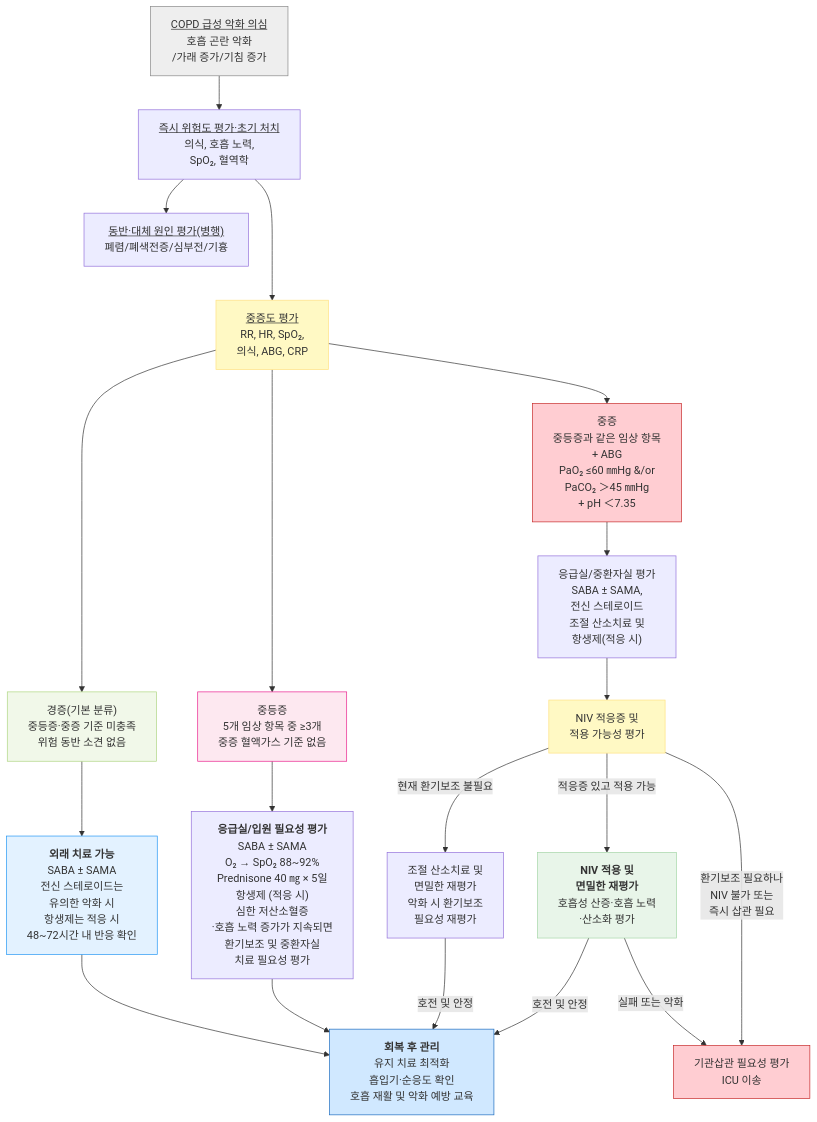
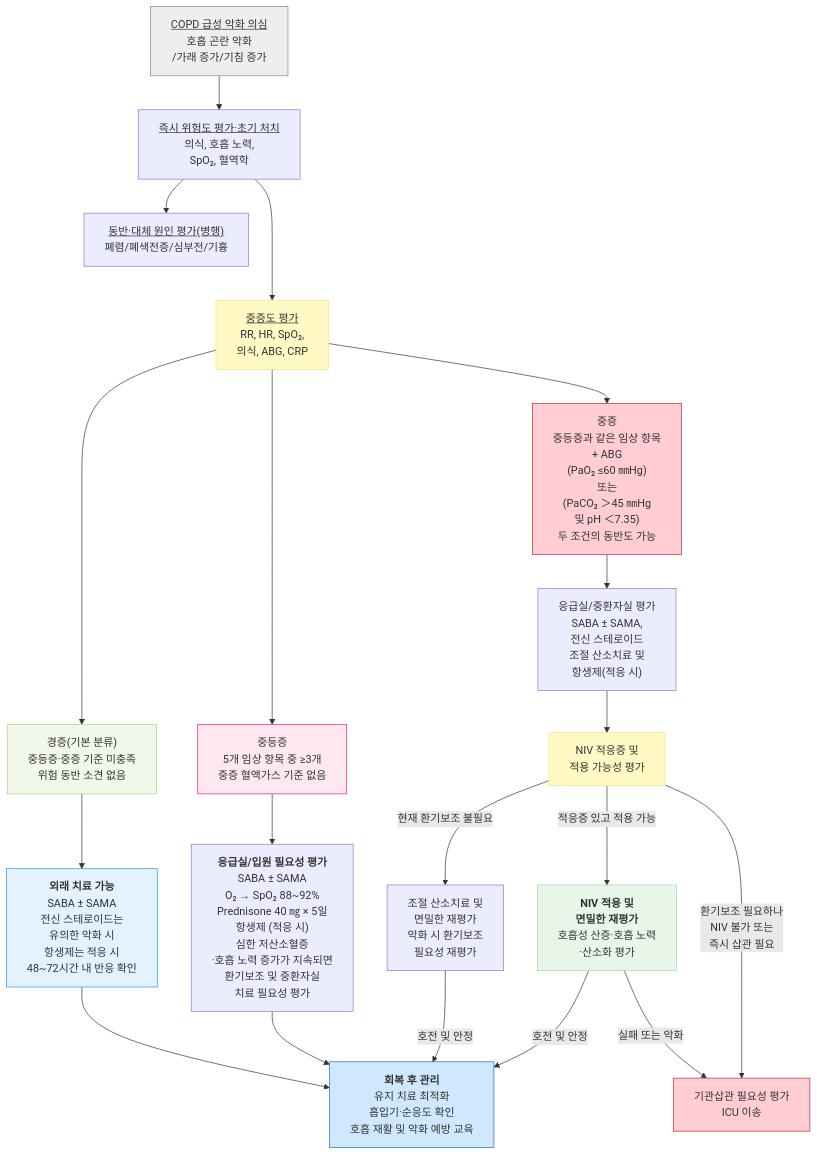
Before and after one commit to familyoh77/familyoh77: the third of 3 diagrams in 223_/072_-copd.md, drawn with Mermaid. The commit also changed other lines of this file, not shown here.

````diff
--- a/223_/072_-copd.md
+++ b/223_/072_-copd.md
@@ -675,32 +680,32 @@
 ```mermaid
 flowchart TD
     Start["<u>COPD 급성 악화 의심</u><br/>호흡 곤란 악화<br/>/가래 증가/기침 증가"]
     Start --> Triage["<u>즉시 위험도 평가·초기 처치</u><br/>의식, 호흡 노력, <br/>SpO₂, 혈역학"]
     Triage --> Diff["<u>동반·대체 원인 평가(병행)</u><br/>폐렴/폐색전증/심부전/기흉"]
     Triage ---> Severity["<u>중증도 평가</u><br/>RR, HR, SpO₂, <br/>의식, ABG, CRP"]
     Severity --> Mild["경증(기본 분류)<br/>중등증·중증 기준 미충족<br/>위험 동반 소견 없음"]
     Severity --> Moderate["중등증<br/>5개 임상 항목 중 ≥3개<br/>중증 혈액가스 기준 없음"]
-    Severity --> Severe["중증<br/>중등증과 같은 임상 항목 <br/>+ ABG<br/>PaO₂ ≤60 ㎜Hg &/or <br/>PaCO₂ ＞45 ㎜Hg <br/>+ pH ＜7.35"]
+    Severity --> Severe["중증<br/>중등증과 같은 임상 항목 <br/>+ ABG<br/>(PaO₂ ≤60 ㎜Hg)<br/>또는<br/>(PaCO₂ ＞45 ㎜Hg<br/>및 pH ＜7.35)<br/>두 조건의 동반도 가능"]
     Mild --> OutTx["<b>외래 치료 가능</b><br/>SABA ± SAMA<br/>전신 스테로이드는 <br/>유의한 악화 시<br/>항생제는 적응 시<br/>48~72시간 내 반응 확인"]
     Moderate --> HospTx["<b>응급실/입원 필요성 평가</b><br/>SABA ± SAMA<br/>O₂ → SpO₂ 88~92%<br/>Prednisone 40 ㎎ × 5일<br/>항생제 (적응 시)<br/>심한 저산소혈증<br/>·호흡 노력 증가가 지속되면<br/>환기보조 및 중환자실 <br/>치료 필요성 평가"]
     Severe --> SevereTx["응급실/중환자실 평가<br/>SABA ± SAMA, <br/>전신 스테로이드<br/>조절 산소치료 및 <br/>항생제(적응 시)"]
     SevereTx --> NIVcheck["NIV 적응증 및 <br/>적용 가능성 평가"]
     NIVcheck -->|"적응증 있고 적용 가능"| NIV["<b>NIV 적용 및 <br/>면밀한 재평가</b><br/>호흡성 산증·호흡 노력<br/>·산소화 평가"]
     NIVcheck -->|"현재 환기보조 불필요"| Monitor["조절 산소치료 및 <br/>면밀한 재평가<br/>악화 시 환기보조 <br/>필요성 재평가"]
     NIV -->|"실패 또는 악화"| Intubation["기관삽관 필요성 평가<br/>ICU 이송"]
     OutTx --> Followup["<b>회복 후 관리</b><br/>유지 치료 최적화<br/>흡입기·순응도 확인<br/>호흡 재활 및 악화 예방 교육"]
     NIVcheck -->|"환기보조 필요하나 <br/>NIV 불가 또는 <br/>즉시 삽관 필요"| Intubation
     HospTx --> Followup
     Monitor -->|"호전 및 안정"| Followup
     NIV -->|"호전 및 안정"| Followup
     style Start fill:#eeeeee,stroke:#888888
     style Mild fill:#f1f8e9,stroke:#aed581
     style Moderate fill:#fde8f0,stroke:#e91e8c
     style NIV fill:#e8f5e9,stroke:#a5d6a7
 classDef yellow fill:#fff9c4,stroke:#ffe082    
 class Severity,NIVcheck yellow
 classDef red fill:#ffcdd2,stroke:#c62828
 class Severe,Intubation red
     style Followup fill:#d0e8ff,stroke:#1a6abf
     style OutTx fill:#e3f2ff,stroke:#2196f3
 ```
````
